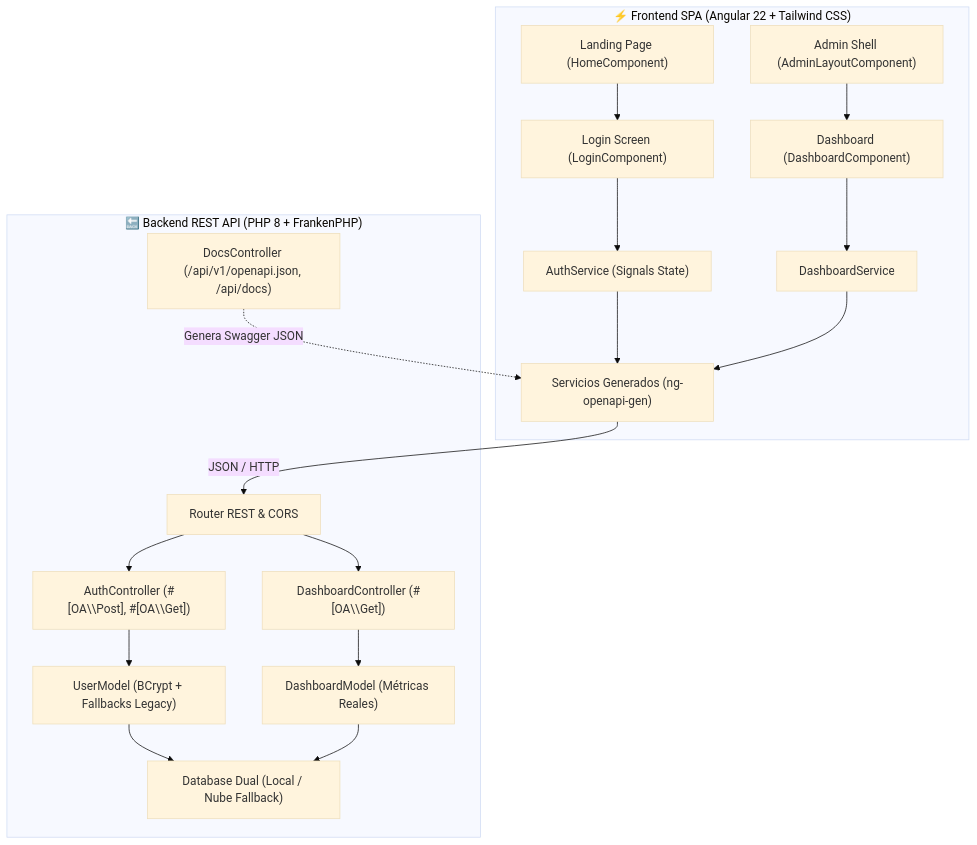
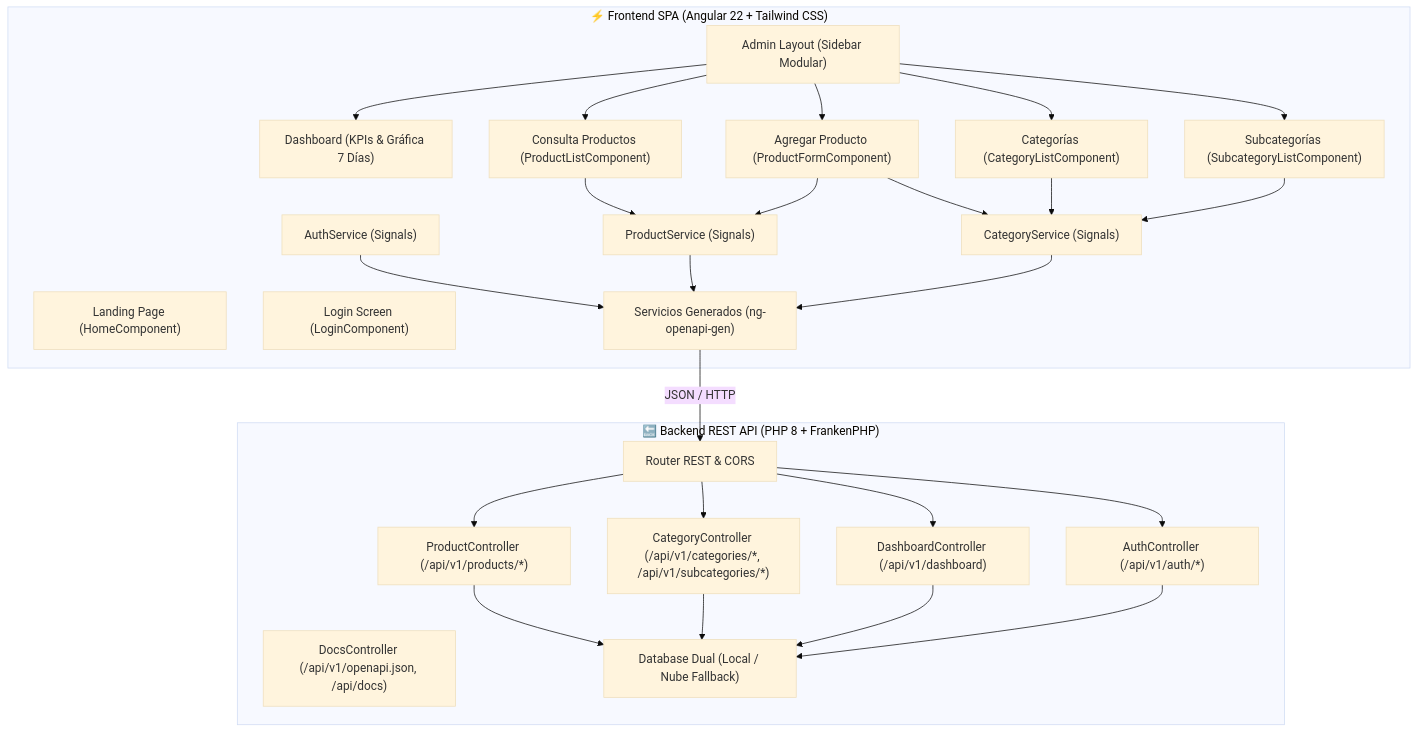
The diagram in README.md (Paulob0t/PauloBotStore), drawn with Mermaid (base theme) before and after one commit. The commit also changed other lines of this file and 14 other files, not shown here.

First line of the commit message:
feat(subcategories): migrar modulo de Gestion de Subcategorias a Angular SPA y REST API

````diff
--- a/README.md
+++ b/README.md
@@ -16,37 +16,50 @@
 ```mermaid
 graph TD
     subgraph Frontend_SPA ["⚡ Frontend SPA (Angular 22 + Tailwind CSS)"]
         Landing["Landing Page (HomeComponent)"]
         Login["Login Screen (LoginComponent)"]
-        AdminLayout["Admin Shell (AdminLayoutComponent)"]
-        Dashboard["Dashboard (DashboardComponent)"]
-        AuthSvc["AuthService (Signals State)"]
-        DashSvc["DashboardService"]
+        AdminShell["Admin Layout (Sidebar Modular)"]
+        Dashboard["Dashboard (KPIs & Gráfica 7 Días)"]
+        ProductsList["Consulta Productos (ProductListComponent)"]
+        ProductsForm["Agregar Producto (ProductFormComponent)"]
+        CategoriesList["Categorías (CategoryListComponent)"]
+        SubcategoriesList["Subcategorías (SubcategoryListComponent)"]
+        AuthSvc["AuthService (Signals)"]
+        ProdSvc["ProductService (Signals)"]
+        CatSvc["CategoryService (Signals)"]
         OpenApiGen["Servicios Generados (ng-openapi-gen)"]
     end
 
     subgraph Backend_REST ["🔙 Backend REST API (PHP 8 + FrankenPHP)"]
         Router["Router REST & CORS"]
-        AuthController["AuthController (#[OA\\Post], #[OA\\Get])"]
-        DashboardController["DashboardController (#[OA\\Get])"]
+        AuthController["AuthController (/api/v1/auth/*)"]
+        DashboardController["DashboardController (/api/v1/dashboard)"]
+        ProductController["ProductController (/api/v1/products/*)"]
+        CategoryController["CategoryController (/api/v1/categories/*, /api/v1/subcategories/*)"]
         DocsController["DocsController (/api/v1/openapi.json, /api/docs)"]
-        UserModel["UserModel (BCrypt + Fallbacks Legacy)"]
-        DashboardModel["DashboardModel (Métricas Reales)"]
         Database["Database Dual (Local / Nube Fallback)"]
     end
 
-    Landing --> Login
-    Login --> AuthSvc
-    AdminLayout --> Dashboard
-    Dashboard --> DashSvc
+    AdminShell --> Dashboard
+    AdminShell --> ProductsList
+    AdminShell --> ProductsForm
+    AdminShell --> CategoriesList
+    AdminShell --> SubcategoriesList
+    ProductsList --> ProdSvc
+    ProductsForm --> ProdSvc
+    ProductsForm --> CatSvc
+    CategoriesList --> CatSvc
+    SubcategoriesList --> CatSvc
     AuthSvc --> OpenApiGen
-    DashSvc --> OpenApiGen
+    ProdSvc --> OpenApiGen
+    CatSvc --> OpenApiGen
     OpenApiGen -->|JSON / HTTP| Router
     Router --> AuthController
     Router --> DashboardController
-    AuthController --> UserModel
-    DashboardController --> DashboardModel
-    UserModel --> Database
-    DashboardModel --> Database
-    DocsController -.->|Genera Swagger JSON| OpenApiGen
+    Router --> ProductController
+    Router --> CategoryController
+    ProductController --> Database
+    CategoryController --> Database
+    DashboardController --> Database
+    AuthController --> Database
 ```
````
